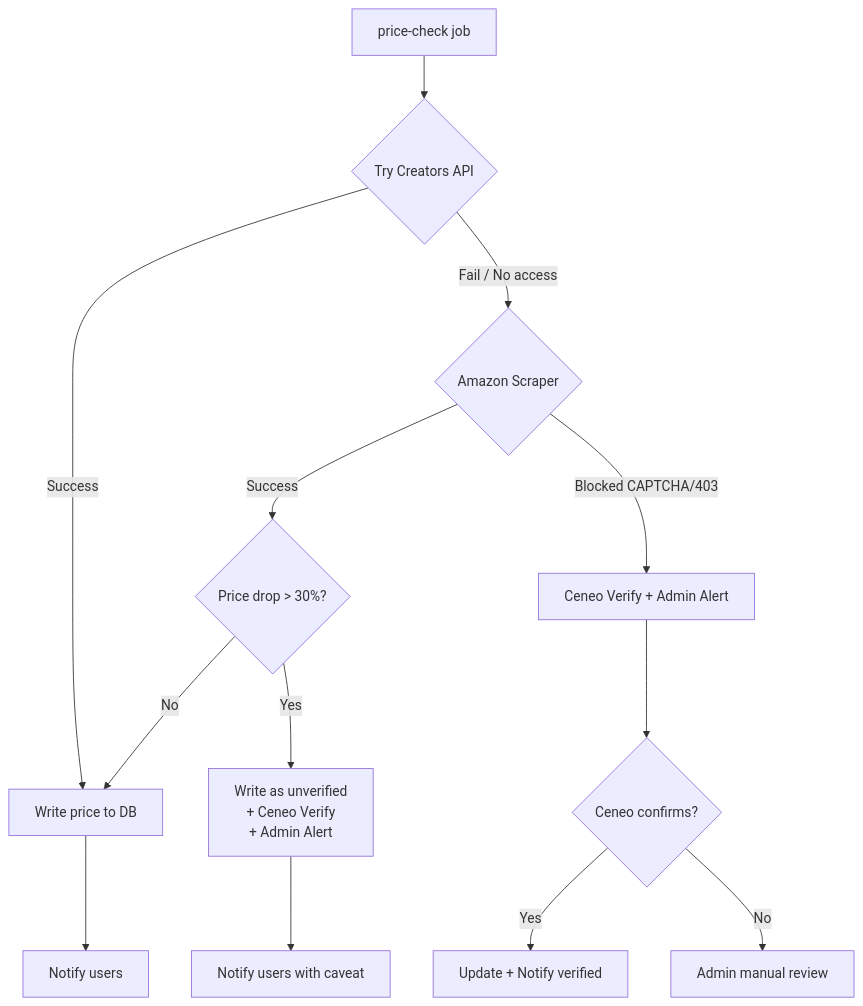
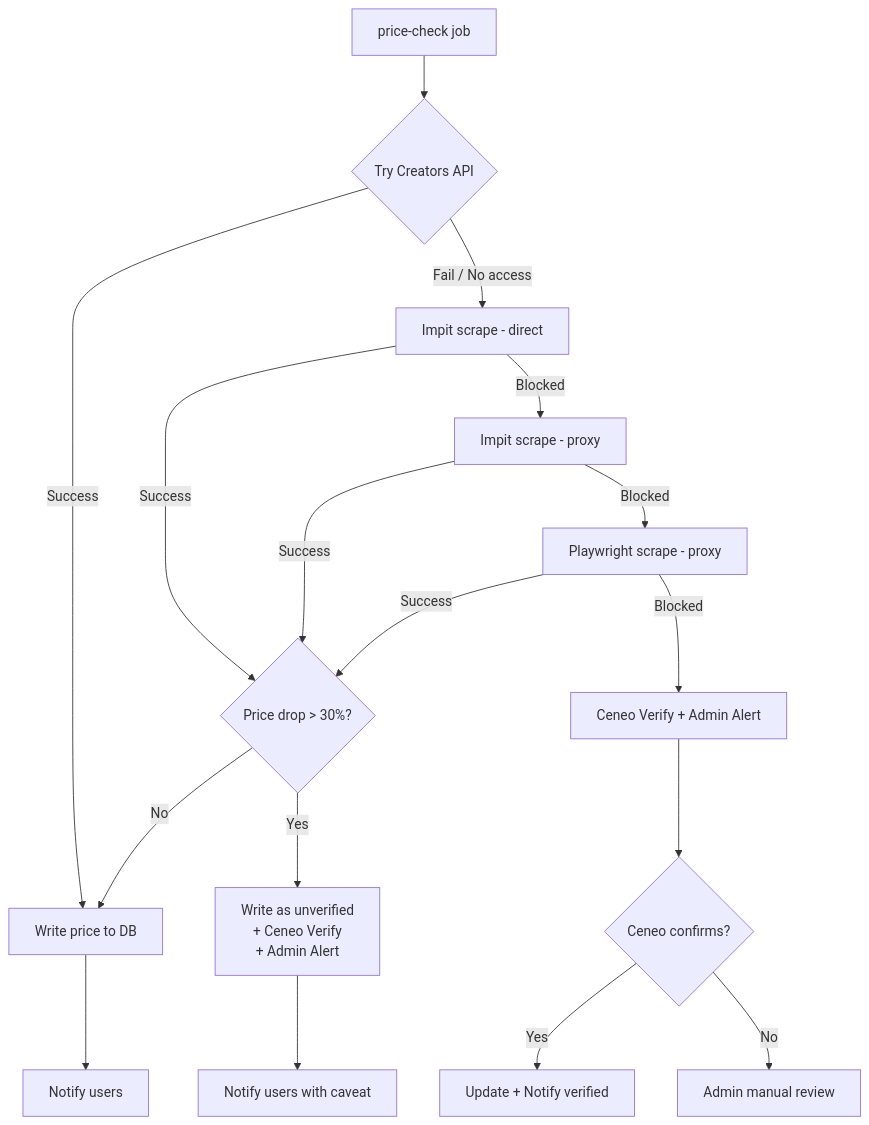
The third of 4 diagrams in docs/architecture.md (k0ff33/amazonpl-price-watch), drawn with Mermaid before and after one commit. The commit also changed other lines of this file and 12 other files, not shown here.

Commit message:
feat(amazon-scraper): add impit-first fallback and soft-block detection

````diff
--- a/docs/architecture.md
+++ b/docs/architecture.md
@@ -65,15 +65,19 @@
 ```mermaid
 flowchart TD
     Start[price-check job] --> API{Try Creators API}
     API -->|Success| Write[Write price to DB]
-    API -->|Fail / No access| Scrape{Amazon Scraper}
-    Scrape -->|Success| Check{Price drop > 30%?}
-    Scrape -->|Blocked CAPTCHA/403| Ceneo[Ceneo Verify + Admin Alert]
+    API -->|Fail / No access| ImpitDirect[Impit scrape - direct]
+    ImpitDirect -->|Success| Check{Price drop > 30%?}
+    ImpitDirect -->|Blocked| ImpitProxy[Impit scrape - proxy]
+    ImpitProxy -->|Success| Check
+    ImpitProxy -->|Blocked| PwProxy[Playwright scrape - proxy]
+    PwProxy -->|Success| Check
+    PwProxy -->|Blocked| Ceneo[Ceneo Verify + Admin Alert]
     Check -->|No| Write
     Check -->|Yes| Verify[Write as unverified<br/>+ Ceneo Verify<br/>+ Admin Alert]
     Verify --> NotifyCaveat[Notify users with caveat]
     Ceneo --> Result{Ceneo confirms?}
     Result -->|Yes| Confirmed[Update + Notify verified]
     Result -->|No| AdminReview[Admin manual review]
     Write --> Notify[Notify users]
 ```
````
